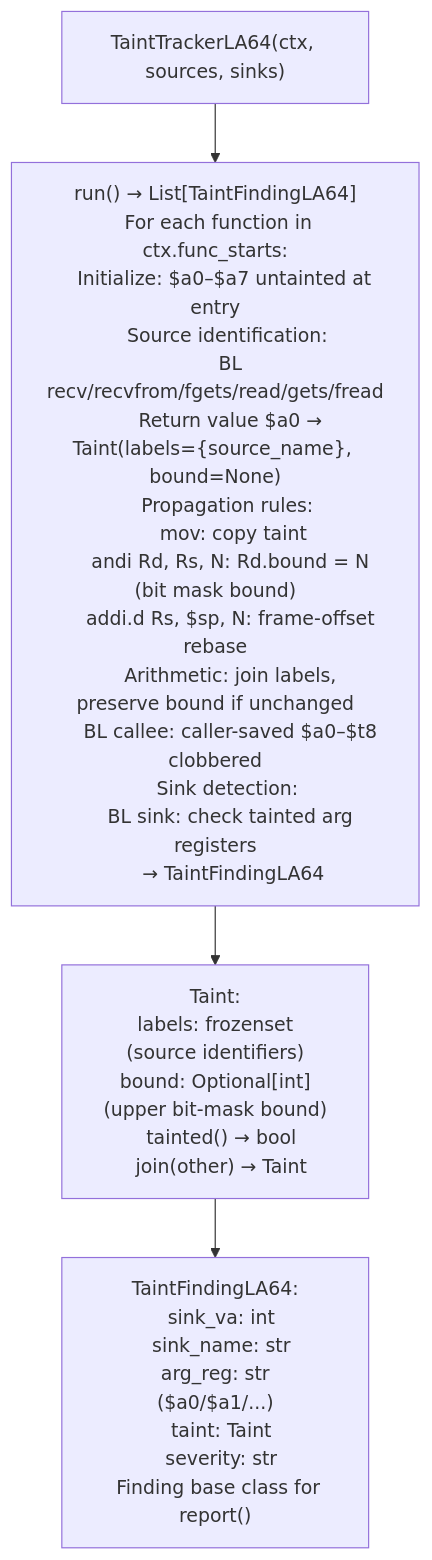
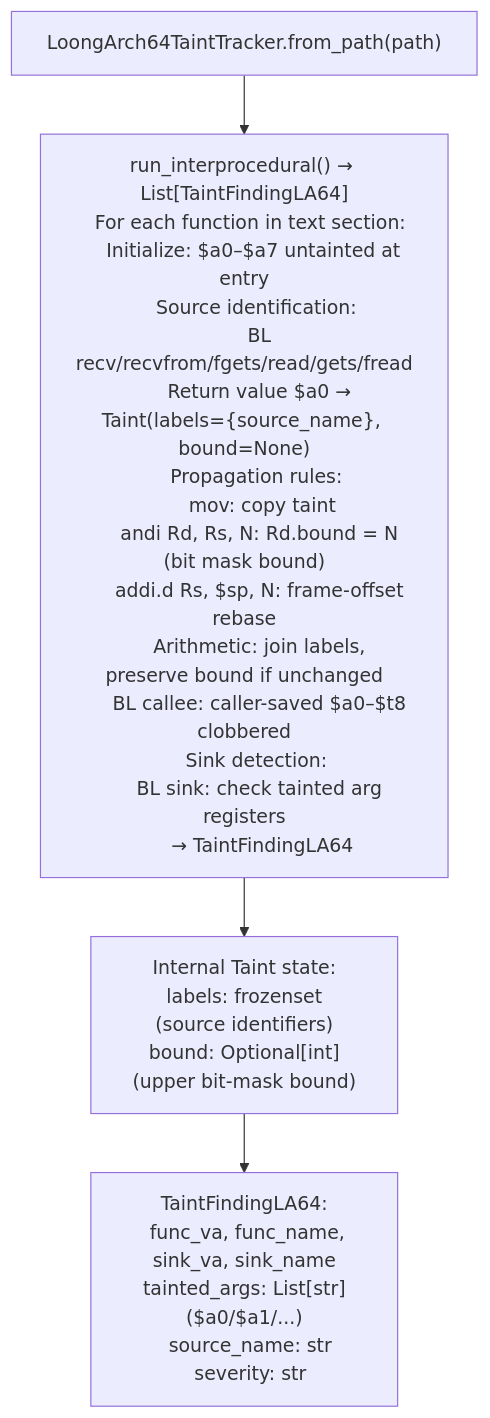
The diagram in docs/reference-modules/taint-analysis-2.md (Ablation-Tool/ablation), drawn with Mermaid before and after one commit. The commit also changed other lines of this file and 1 other file, not shown here.

First line of the commit message:
docs: fix TaintTrackerLA64 → LoongArch64TaintTracker; PcapAnalyzer → PCAPAnalyzer (batch 7)

````diff
--- a/docs/reference-modules/taint-analysis-2.md
+++ b/docs/reference-modules/taint-analysis-2.md
@@ -19,6 +19,6 @@
 ```mermaid
 flowchart TD
-    A["TaintTrackerLA64(ctx, sources, sinks)"] --> B["run() → List[TaintFindingLA64]\n  For each function in ctx.func_starts:\n    Initialize: $a0–$a7 untainted at entry\n    Source identification:\n      BL recv/recvfrom/fgets/read/gets/fread\n      Return value $a0 → Taint(labels={source_name}, bound=None)\n    Propagation rules:\n      mov: copy taint\n      andi Rd, Rs, N: Rd.bound = N (bit mask bound)\n      addi.d Rs, $sp, N: frame-offset rebase\n      Arithmetic: join labels, preserve bound if unchanged\n      BL callee: caller-saved $a0–$t8 clobbered\n    Sink detection:\n      BL sink: check tainted arg registers\n      → TaintFindingLA64"]
-    B --> C["Taint:\n  labels: frozenset  (source identifiers)\n  bound: Optional[int]  (upper bit-mask bound)\n  tainted() → bool\n  join(other) → Taint"]
-    C --> D["TaintFindingLA64:\n  sink_va: int\n  sink_name: str\n  arg_reg: str  ($a0/$a1/...)\n  taint: Taint\n  severity: str\n  Finding base class for report()"]
+    A["LoongArch64TaintTracker.from_path(path)"] --> B["run_interprocedural() → List[TaintFindingLA64]\n  For each function in text section:\n    Initialize: $a0–$a7 untainted at entry\n    Source identification:\n      BL recv/recvfrom/fgets/read/gets/fread\n      Return value $a0 → Taint(labels={source_name}, bound=None)\n    Propagation rules:\n      mov: copy taint\n      andi Rd, Rs, N: Rd.bound = N (bit mask bound)\n      addi.d Rs, $sp, N: frame-offset rebase\n      Arithmetic: join labels, preserve bound if unchanged\n      BL callee: caller-saved $a0–$t8 clobbered\n    Sink detection:\n      BL sink: check tainted arg registers\n      → TaintFindingLA64"]
+    B --> C["Internal Taint state:\n  labels: frozenset  (source identifiers)\n  bound: Optional[int]  (upper bit-mask bound)"]
+    C --> D["TaintFindingLA64:\n  func_va, func_name, sink_va, sink_name\n  tainted_args: List[str]  ($a0/$a1/...)\n  source_name: str\n  severity: str"]
 ```
````
